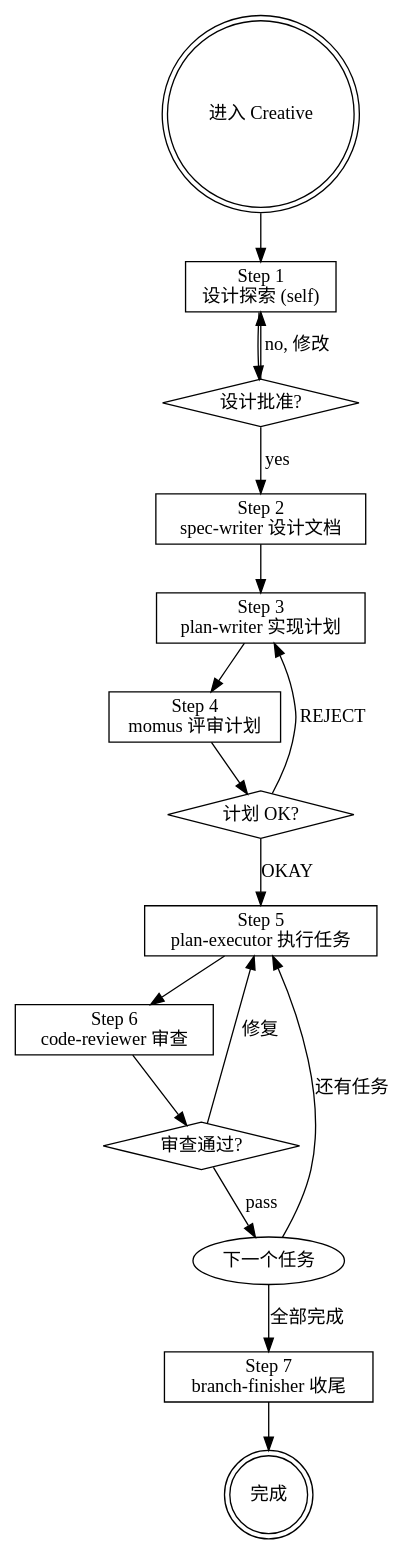
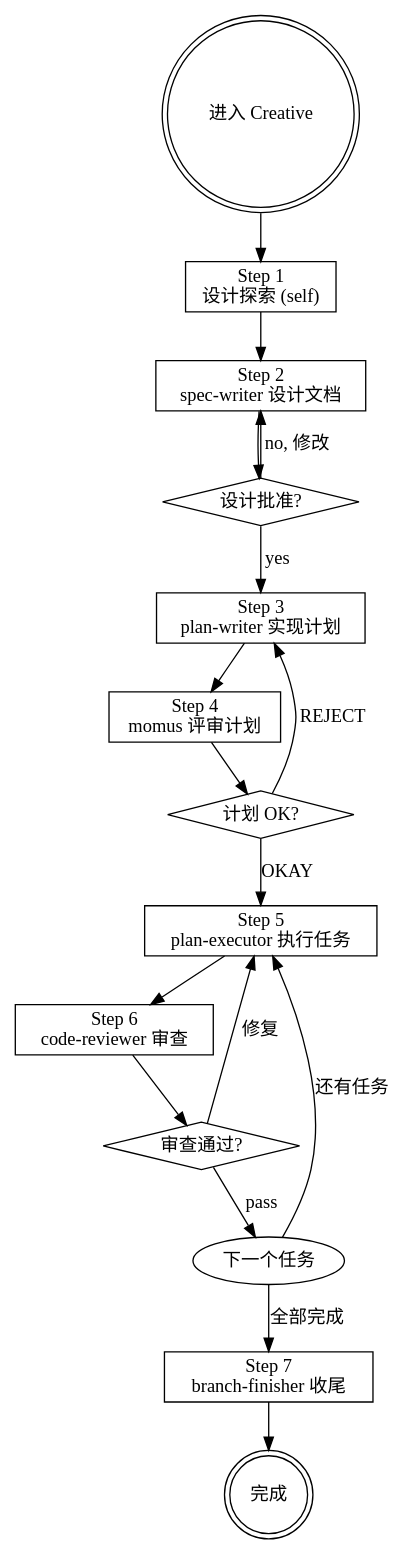
The diagram in agents/Creative.md (hsiang-lee/my_opencode), drawn with Graphviz before and after one commit. The commit also changed other lines of this file and 1 other file, not shown here.

````diff
--- a/agents/Creative.md
+++ b/agents/Creative.md
@@ -110,36 +110,36 @@
 ```dot
 digraph creative_flow {
     rankdir=TB;
     start [label="进入 Creative", shape=doublecircle];
     step1 [label="Step 1\n设计探索 (self)", shape=box];
     step2 [label="Step 2\nspec-writer 设计文档", shape=box];
     step3 [label="Step 3\nplan-writer 实现计划", shape=box];
     step4 [label="Step 4\nmomus 评审计划", shape=box];
     step5 [label="Step 5\nplan-executor 执行任务", shape=box];
     step6 [label="Step 6\ncode-reviewer 审查", shape=box];
     step7 [label="Step 7\nbranch-finisher 收尾", shape=box];
 
-    gate1 [label="设计批准?", shape=diamond];
+    gate2 [label="设计批准?", shape=diamond];
     gate4 [label="计划 OK?", shape=diamond];
     gate6 [label="审查通过?", shape=diamond];
     loop [label="下一个任务", shape=ellipse];
     done [label="完成", shape=doublecircle];
 
     start -> step1;
-    step1 -> gate1;
-    gate1 -> step2 [label="yes"];
-    gate1 -> step1 [label="no, 修改"];
-    step2 -> step3;
+    step1 -> step2;
+    step2 -> gate2;
+    gate2 -> step3 [label="yes"];
+    gate2 -> step2 [label="no, 修改"];
     step3 -> step4;
     step4 -> gate4;
     gate4 -> step5 [label="OKAY"];
     gate4 -> step3 [label="REJECT"];
     step5 -> step6;
     step6 -> gate6;
     gate6 -> loop [label="pass"];
     gate6 -> step5 [label="修复"];
     loop -> step5 [label="还有任务"];
     loop -> step7 [label="全部完成"];
     step7 -> done;
 }
 ```
````
